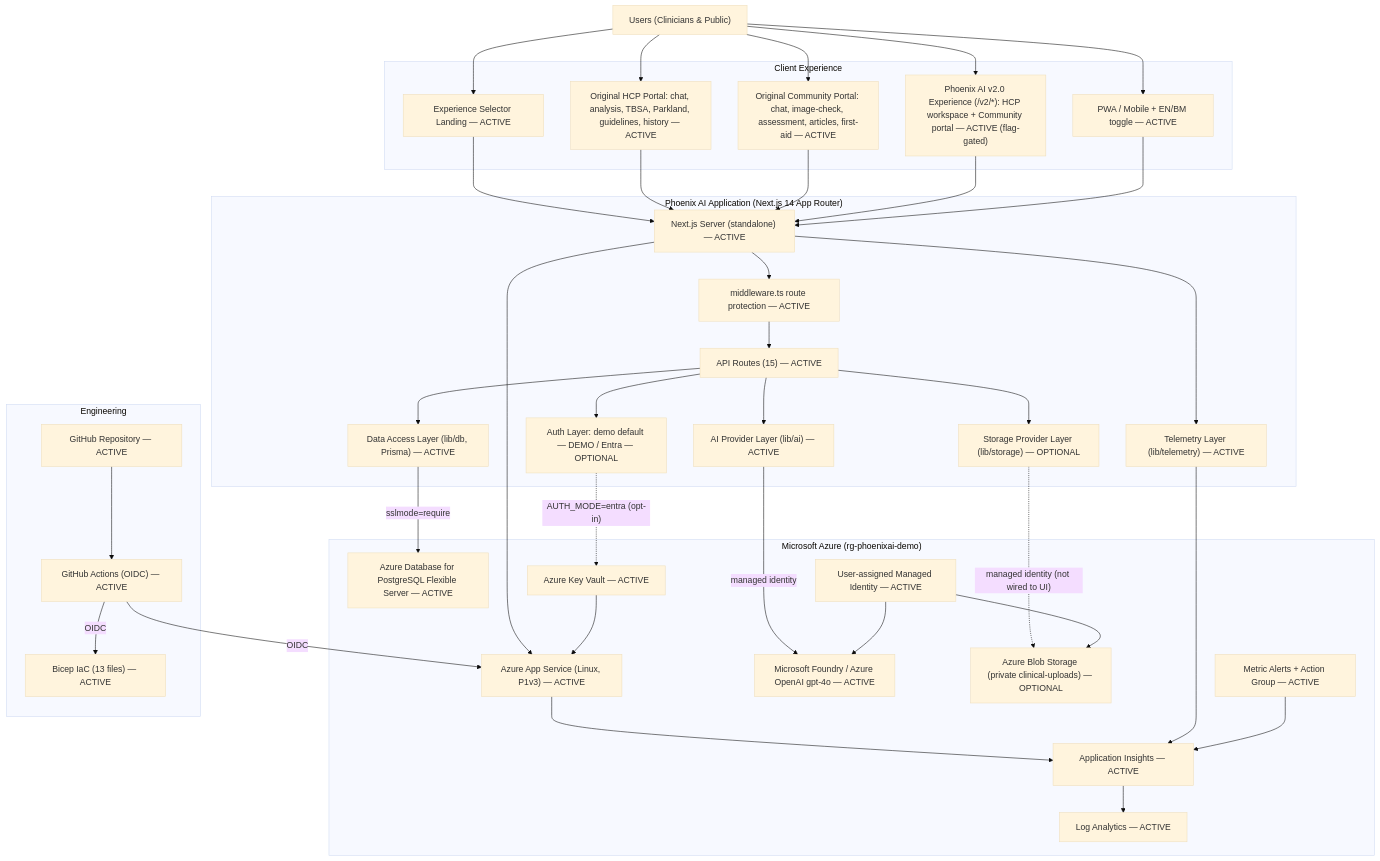
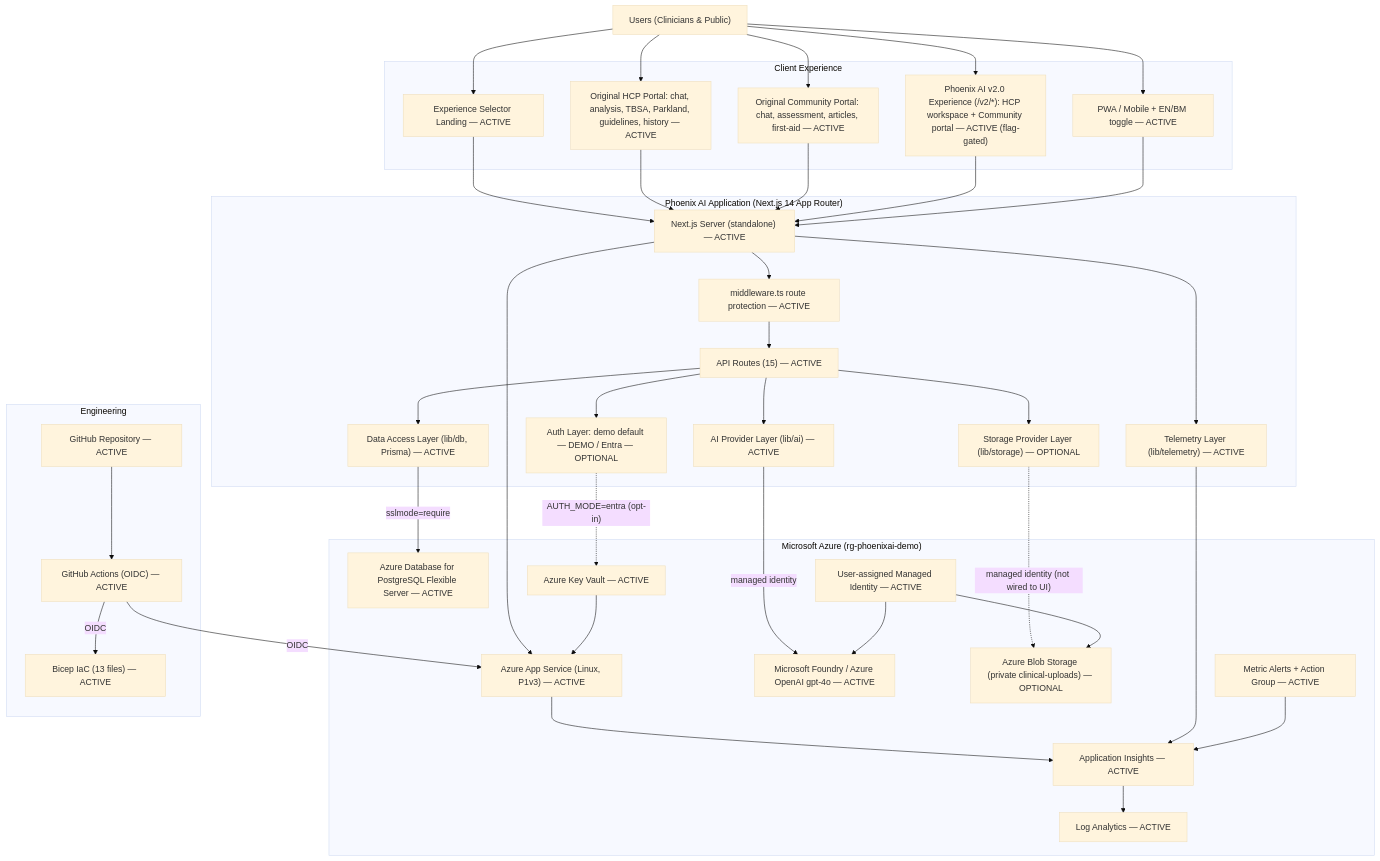
One commit to polyfuze4336-bot/phoenix-ai-azure changed the diagram in docs/architecture/current-architecture.md. Above: the diagram before and after it, drawn with Mermaid (base theme). The commit also changed other lines of this file and 18 other files, not shown here.

First line of the commit message:
feat: remove image-check feature from community portal

````diff
--- a/docs/architecture/current-architecture.md
+++ b/docs/architecture/current-architecture.md
@@ -54,79 +54,79 @@
 ```mermaid
 flowchart TB
     Users["Users (Clinicians & Public)"]
 
     subgraph CLIENT["Client Experience"]
         Landing["Experience Selector Landing — ACTIVE"]
         HCP["Original HCP Portal: chat, analysis, TBSA, Parkland, guidelines, history — ACTIVE"]
-        Community["Original Community Portal: chat, image-check, assessment, articles, first-aid — ACTIVE"]
+        Community["Original Community Portal: chat, assessment, articles, first-aid — ACTIVE"]
         V2["Phoenix AI v2.0 Experience (/v2/*): HCP workspace + Community portal — ACTIVE (flag-gated)"]
         PWA["PWA / Mobile + EN/BM toggle — ACTIVE"]
     end
 
     subgraph APP["Phoenix AI Application (Next.js 14 App Router)"]
         Next["Next.js Server (standalone) — ACTIVE"]
         MW["middleware.ts route protection — ACTIVE"]
         API["API Routes (15) — ACTIVE"]
         Auth["Auth Layer: demo default — DEMO / Entra — OPTIONAL"]
         AIProvider["AI Provider Layer (lib/ai) — ACTIVE"]
         Data["Data Access Layer (lib/db, Prisma) — ACTIVE"]
         Storage["Storage Provider Layer (lib/storage) — OPTIONAL"]
         Telemetry["Telemetry Layer (lib/telemetry) — ACTIVE"]
     end
 
     subgraph AZURE["Microsoft Azure (rg-phoenixai-demo)"]
         AppService["Azure App Service (Linux, P1v3) — ACTIVE"]
         Foundry["Microsoft Foundry / Azure OpenAI gpt-4o — ACTIVE"]
         PostgreSQL["Azure Database for PostgreSQL Flexible Server — ACTIVE"]
         Blob["Azure Blob Storage (private clinical-uploads) — OPTIONAL"]
         KV["Azure Key Vault — ACTIVE"]
         MI["User-assigned Managed Identity — ACTIVE"]
         Insights["Application Insights — ACTIVE"]
         Logs["Log Analytics — ACTIVE"]
         Alerts["Metric Alerts + Action Group — ACTIVE"]
     end
 
     subgraph DEVOPS["Engineering"]
         GitHub["GitHub Repository — ACTIVE"]
         Actions["GitHub Actions (OIDC) — ACTIVE"]
         Bicep["Bicep IaC (13 files) — ACTIVE"]
     end
 
     Users --> Landing
     Users --> HCP
     Users --> Community
     Users --> V2
     Users --> PWA
 
     Landing --> Next
     HCP --> Next
     Community --> Next
     V2 --> Next
     PWA --> Next
 
     Next --> MW
     MW --> API
     API --> Auth
     API --> AIProvider
     API --> Data
     API --> Storage
     Next --> Telemetry
 
     AIProvider -->|"managed identity"| Foundry
     Data -->|"sslmode=require"| PostgreSQL
     Storage -.->|"managed identity (not wired to UI)"| Blob
     Auth -.->|"AUTH_MODE=entra (opt-in)"| KV
 
     Next --> AppService
     AppService --> Insights
     Telemetry --> Insights
     Insights --> Logs
     Alerts --> Insights
     KV --> AppService
     MI --> Foundry
     MI --> Blob
 
     GitHub --> Actions
     Actions -->|"OIDC"| Bicep
     Actions -->|"OIDC"| AppService
 ```
````
